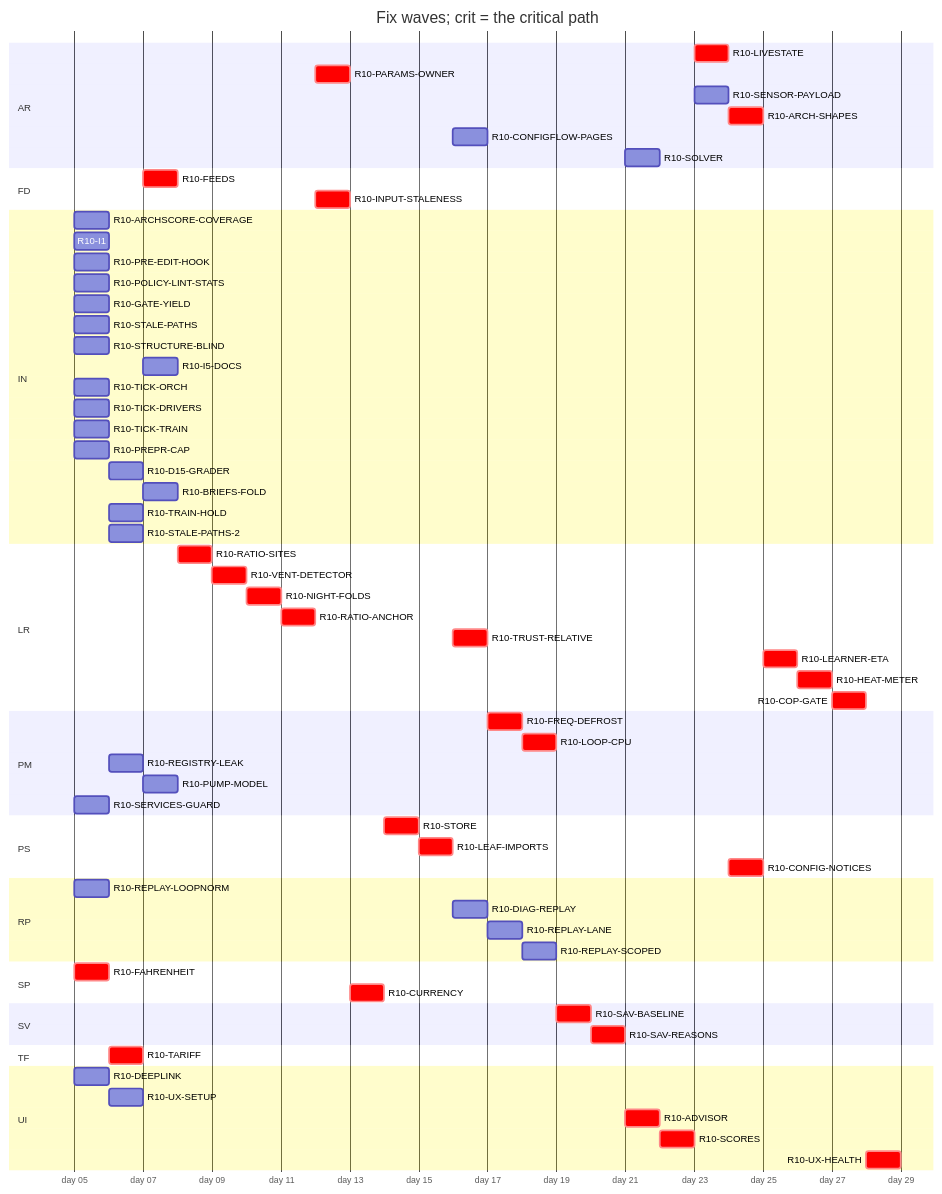
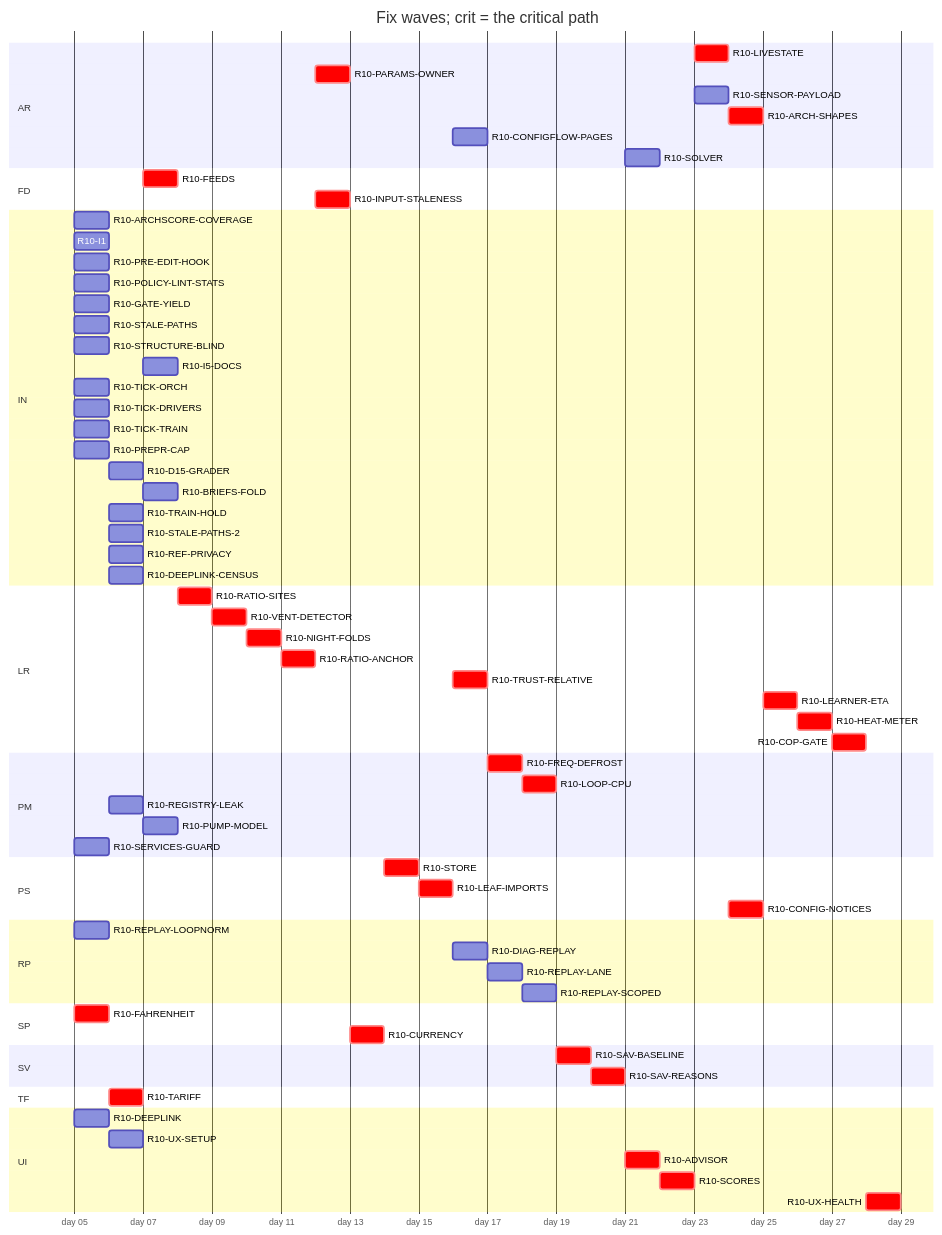
One commit to tvofi/heatpump_optimizer changed the diagram in handoff/round10/state/PLAN-TABLE.md. Above: the diagram before and after it, drawn with Mermaid. The commit also changed other lines of this file and 1 other file, not shown here.

````diff
--- a/handoff/round10/state/PLAN-TABLE.md
+++ b/handoff/round10/state/PLAN-TABLE.md
@@ -24,71 +24,73 @@
 ```mermaid
 gantt
   title Fix waves; crit = the critical path
   dateFormat YYYY-MM-DD
   axisFormat day %d
   section AR
     R10-LIVESTATE :crit, r10LIVESTATE, after r10SCORES r10PUMPMODEL, 1d
     R10-PARAMS-OWNER :crit, r10PARAMSOWNER, after r10CONFIGNOTICES r10ARCHSCORECOVERAGE r10SERVICESGUARD, 1d
     R10-SENSOR-PAYLOAD :r10SENSORPAYLOAD, after r10SCORES, 1d
     R10-ARCH-SHAPES :crit, r10ARCHSHAPES, after r10PARAMSOWNER r10SENSORPAYLOAD r10FREQDEFROST, 1d
     R10-CONFIGFLOW-PAGES :r10CONFIGFLOWPAGES, after r10HEATMETER, 1d
     R10-SOLVER :r10SOLVER, after r10SAVREASONS r10TARIFF, 1d
   section FD
     R10-FEEDS :crit, r10FEEDS, after r10TARIFF, 1d
     R10-INPUT-STALENESS :crit, r10INPUTSTALENESS, after r10RATIOANCHOR, 1d
   section IN
     R10-ARCHSCORE-COVERAGE :r10ARCHSCORECOVERAGE, 2026-01-05, 1d
     R10-I1 :r10I1, 2026-01-05, 1d
     R10-PRE-EDIT-HOOK :r10PREEDITHOOK, 2026-01-05, 1d
     R10-POLICY-LINT-STATS :r10POLICYLINTSTATS, 2026-01-05, 1d
     R10-GATE-YIELD :r10GATEYIELD, 2026-01-05, 1d
     R10-STALE-PATHS :r10STALEPATHS, 2026-01-05, 1d
     R10-STRUCTURE-BLIND :r10STRUCTUREBLIND, 2026-01-05, 1d
     R10-I5-DOCS :r10I5DOCS, after r10I1 r10STRUCTUREBLIND r10REGISTRYLEAK, 1d
     R10-TICK-ORCH :r10TICKORCH, 2026-01-05, 1d
     R10-TICK-DRIVERS :r10TICKDRIVERS, 2026-01-05, 1d
     R10-TICK-TRAIN :r10TICKTRAIN, 2026-01-05, 1d
     R10-PREPR-CAP :r10PREPRCAP, 2026-01-05, 1d
     R10-D15-GRADER :r10D15GRADER, after r10TICKDRIVERS, 1d
     R10-BRIEFS-FOLD :r10BRIEFSFOLD, after r10ARCHSCORECOVERAGE r10D15GRADER, 1d
     R10-TRAIN-HOLD :r10TRAINHOLD, after r10TICKTRAIN r10TICKORCH, 1d
     R10-STALE-PATHS-2 :r10STALEPATHS2, after r10STALEPATHS, 1d
+    R10-REF-PRIVACY :r10REFPRIVACY, after r10TICKORCH r10TICKDRIVERS, 1d
+    R10-DEEPLINK-CENSUS :r10DEEPLINKCENSUS, after r10DEEPLINK, 1d
   section LR
     R10-RATIO-SITES :crit, r10RATIOSITES, after r10FEEDS, 1d
     R10-VENT-DETECTOR :crit, r10VENTDETECTOR, after r10RATIOSITES, 1d
     R10-NIGHT-FOLDS :crit, r10NIGHTFOLDS, after r10VENTDETECTOR, 1d
     R10-RATIO-ANCHOR :crit, r10RATIOANCHOR, after r10NIGHTFOLDS, 1d
     R10-TRUST-RELATIVE :crit, r10TRUSTRELATIVE, after r10LEAFIMPORTS, 1d
     R10-LEARNER-ETA :crit, r10LEARNERETA, after r10ARCHSHAPES, 1d
     R10-HEAT-METER :crit, r10HEATMETER, after r10LEARNERETA r10INPUTSTALENESS r10UXSETUP r10RATIOANCHOR, 1d
     R10-COP-GATE :crit, r10COPGATE, after r10HEATMETER r10SENSORPAYLOAD, 1d
   section PM
     R10-FREQ-DEFROST :crit, r10FREQDEFROST, after r10TRUSTRELATIVE, 1d
     R10-LOOP-CPU :crit, r10LOOPCPU, after r10FREQDEFROST, 1d
     R10-REGISTRY-LEAK :r10REGISTRYLEAK, after r10FAHRENHEIT, 1d
     R10-PUMP-MODEL :r10PUMPMODEL, after r10REGISTRYLEAK, 1d
     R10-SERVICES-GUARD :r10SERVICESGUARD, 2026-01-05, 1d
   section PS
     R10-STORE :crit, r10STORE, after r10CURRENCY, 1d
     R10-LEAF-IMPORTS :crit, r10LEAFIMPORTS, after r10STORE r10NIGHTFOLDS r10TARIFF, 1d
     R10-CONFIG-NOTICES :crit, r10CONFIGNOTICES, after r10LIVESTATE, 1d
   section RP
     R10-REPLAY-LOOPNORM :r10REPLAYLOOPNORM, 2026-01-05, 1d
     R10-DIAG-REPLAY :r10DIAGREPLAY, after r10REPLAYLOOPNORM r10LEAFIMPORTS, 1d
     R10-REPLAY-LANE :r10REPLAYLANE, after r10DIAGREPLAY, 1d
-    R10-REPLAY-SCOPED :r10REPLAYSCOPED, after r10REPLAYLANE r10TICKORCH r10TRAINHOLD, 1d
+    R10-REPLAY-SCOPED :r10REPLAYSCOPED, after r10REPLAYLANE r10TICKORCH r10TRAINHOLD r10REFPRIVACY, 1d
   section SP
     R10-FAHRENHEIT :crit, r10FAHRENHEIT, 2026-01-05, 1d
     R10-CURRENCY :crit, r10CURRENCY, after r10INPUTSTALENESS, 1d
   section SV
     R10-SAV-BASELINE :crit, r10SAVBASELINE, after r10LOOPCPU, 1d
     R10-SAV-REASONS :crit, r10SAVREASONS, after r10SAVBASELINE r10LEAFIMPORTS, 1d
   section TF
     R10-TARIFF :crit, r10TARIFF, after r10FAHRENHEIT, 1d
   section UI
     R10-DEEPLINK :r10DEEPLINK, 2026-01-05, 1d
     R10-UX-SETUP :r10UXSETUP, after r10DEEPLINK, 1d
     R10-ADVISOR :crit, r10ADVISOR, after r10UXSETUP r10SAVREASONS, 1d
     R10-SCORES :crit, r10SCORES, after r10ADVISOR r10RATIOSITES, 1d
     R10-UX-HEALTH :crit, r10UXHEALTH, after r10SCORES r10COPGATE r10HEATMETER, 1d
 ```
````
